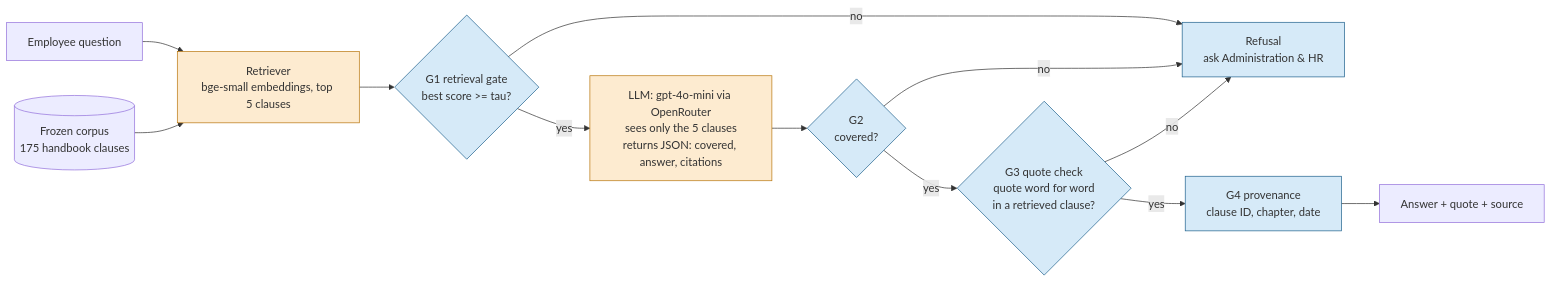
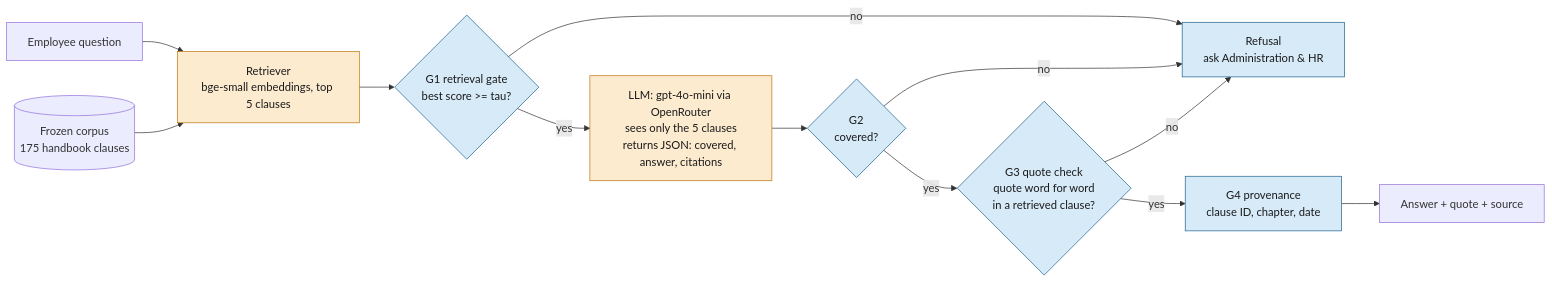
One commit to TyyCheN/pe6201-policy-assistant changed the diagram in README.md. Above: the diagram before and after it, drawn with Mermaid.

Commit message:
make diagram text readable in dark mode

````diff
--- a/README.md
+++ b/README.md
@@ -55,19 +55,19 @@
 ```mermaid
 flowchart LR
     Q["Employee question"] --> RET
     C[("Frozen corpus<br/>175 handbook clauses")] --> RET
     RET["Retriever<br/>bge-small embeddings, top 5 clauses"] --> G1{"G1 retrieval gate<br/>best score >= tau?"}
     G1 -- no --> REF["Refusal<br/>ask Administration & HR"]
     G1 -- yes --> LLM["LLM: gpt-4o-mini via OpenRouter<br/>sees only the 5 clauses<br/>returns JSON: covered, answer, citations"]
     LLM --> G2{"G2<br/>covered?"}
     G2 -- no --> REF
     G2 -- yes --> G3{"G3 quote check<br/>quote word for word<br/>in a retrieved clause?"}
     G3 -- no --> REF
     G3 -- yes --> G4["G4 provenance<br/>clause ID, chapter, date"]
     G4 --> A["Answer + quote + source"]
 
-    classDef ext fill:#fdebd0,stroke:#b9770e;
-    classDef code fill:#d6eaf8,stroke:#1f618d;
+    classDef ext fill:#fdebd0,stroke:#b9770e,color:#1a1a1a;
+    classDef code fill:#d6eaf8,stroke:#1f618d,color:#1a1a1a;
     class RET,LLM ext;
     class G1,G2,G3,G4,REF code;
 ```
````
